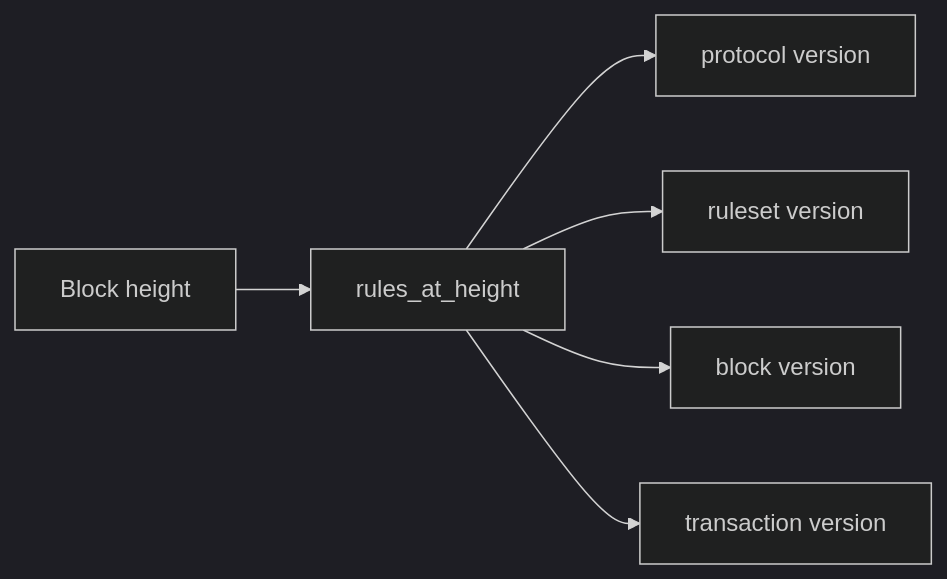
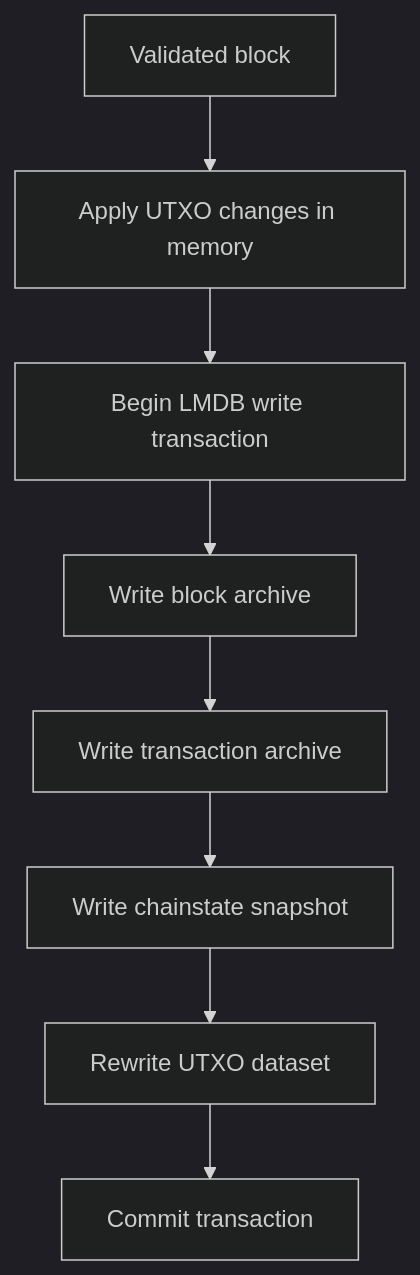
One commit to Atho-Labs/Atho-Testnet changed diagram 11 of 11 in docs/whitepaper/atho-whitepaper-apa.md. Above: the diagram before and after it, drawn with Mermaid (dark theme). The commit also changed other lines of this file and 29 other files, not shown here.

````diff
--- a/docs/whitepaper/atho-whitepaper-apa.md
+++ b/docs/whitepaper/atho-whitepaper-apa.md
@@ -107,8 +900,10 @@
 ```mermaid
-flowchart LR
-    A[Block height] --> B[rules_at_height]
-    B --> C[protocol version]
-    B --> D[ruleset version]
-    B --> E[block version]
-    B --> F[transaction version]
+flowchart TD
+    Validated[Validated block] --> Apply[Apply UTXO changes in memory]
+    Apply --> Begin[Begin LMDB write transaction]
+    Begin --> Blocks[Write block archive]
+    Blocks --> Txs[Write transaction archive]
+    Txs --> Snapshot[Write chainstate snapshot]
+    Snapshot --> UTXO[Rewrite UTXO dataset]
+    UTXO --> Commit[Commit transaction]
 ```
````
